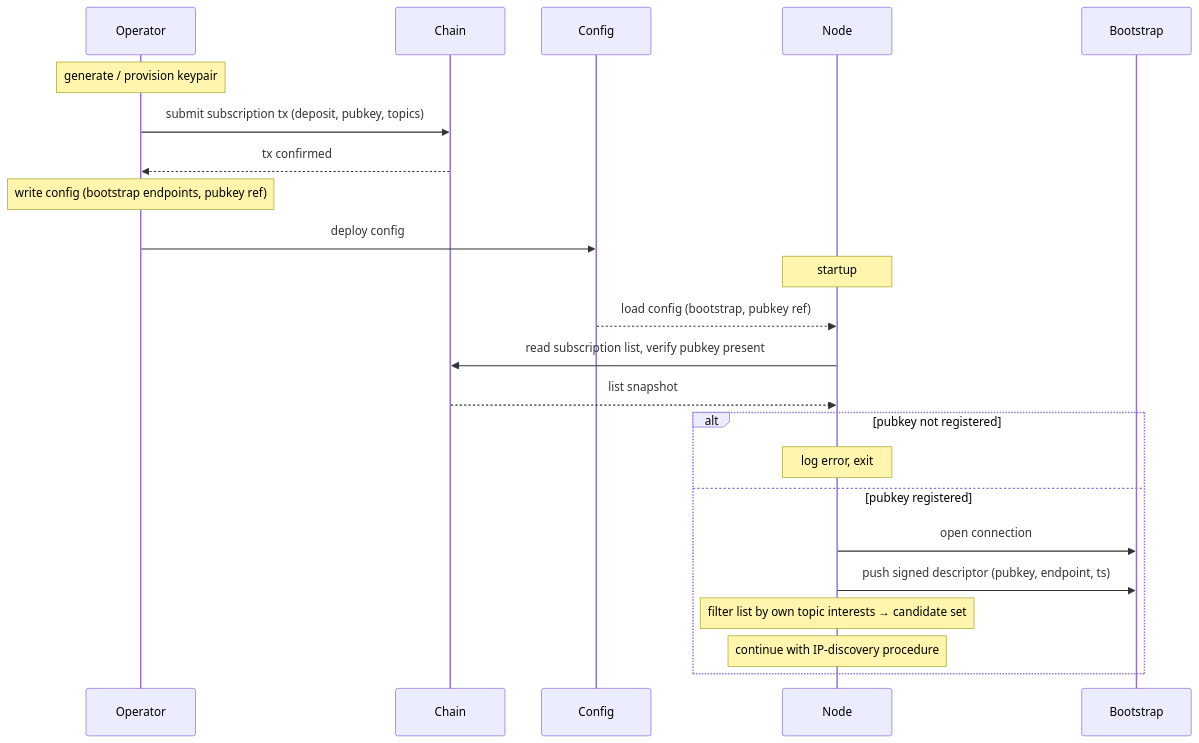
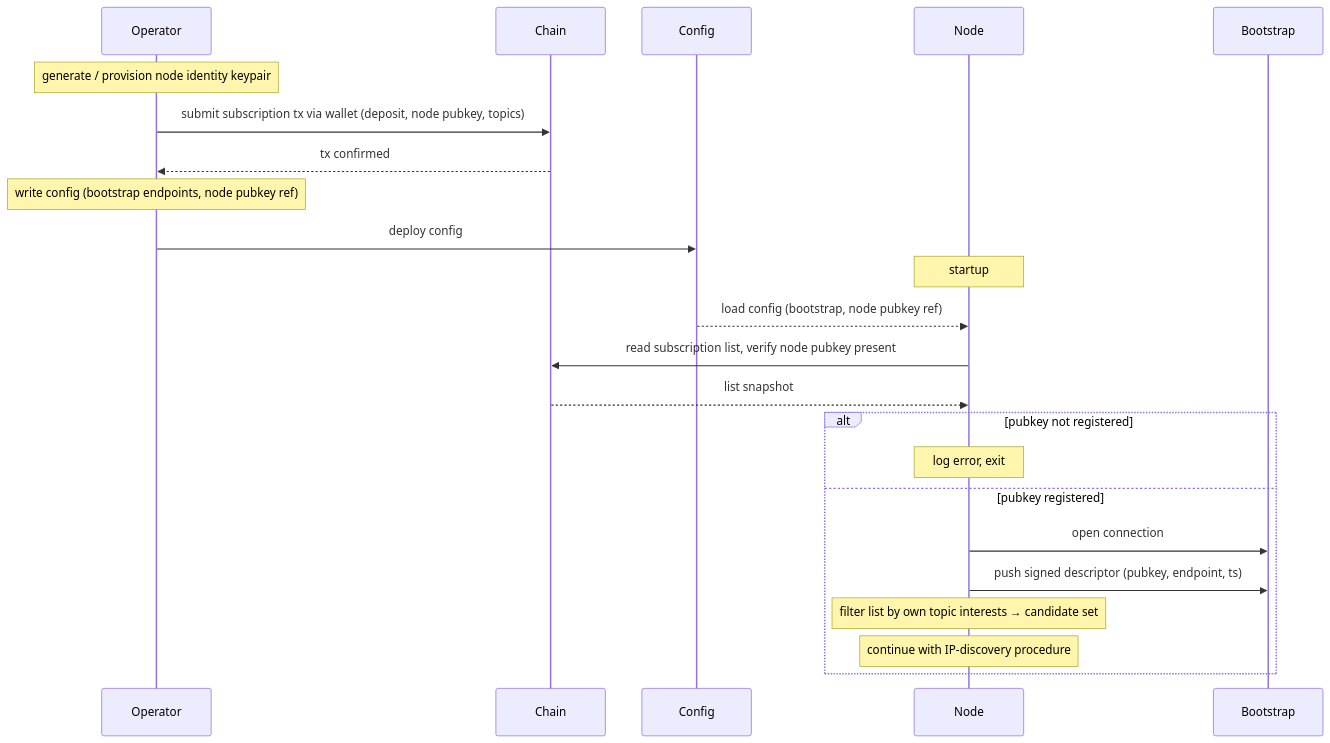
The diagram in docs/node-lifecycle/joining.md (input-output-hk/pubsub), drawn with Mermaid before and after one commit. The commit also changed other lines of this file and 2 other files, not shown here.

Commit message:
docs(node-lifecycle): distinguish node identity keypair from operator wallet
"Operator keypair" was conflating two separate things. Split:

- Node identity keypair: pubkey lives in the subscription list; the
  daemon uses the private half to sign SignedDescriptors and answer
  handshakes at runtime.
- Operator wallet: signs the registration transaction and pays the
  deposit; not held by the node daemon.

Renames applied in joining.md (steps and diagram), README.md
SignedDescriptor entry, and endpoint-change.md.

````diff
--- a/docs/node-lifecycle/joining.md
+++ b/docs/node-lifecycle/joining.md
@@ -25,27 +25,27 @@
 ```mermaid
 sequenceDiagram
     participant Operator
     participant Chain
     participant Config
     participant Node
     participant Bootstrap
 
-    Note over Operator: generate / provision keypair
-    Operator->>Chain: submit subscription tx (deposit, pubkey, topics)
+    Note over Operator: generate / provision node identity keypair
+    Operator->>Chain: submit subscription tx via wallet (deposit, node pubkey, topics)
     Chain-->>Operator: tx confirmed
-    Note over Operator: write config (bootstrap endpoints, pubkey ref)
+    Note over Operator: write config (bootstrap endpoints, node pubkey ref)
     Operator->>Config: deploy config
 
     Note over Node: startup
-    Config-->>Node: load config (bootstrap, pubkey ref)
-    Node->>Chain: read subscription list, verify pubkey present
+    Config-->>Node: load config (bootstrap, node pubkey ref)
+    Node->>Chain: read subscription list, verify node pubkey present
     Chain-->>Node: list snapshot
     alt pubkey not registered
         Note over Node: log error, exit
     else pubkey registered
         Node->>Bootstrap: open connection
         Node->>Bootstrap: push signed descriptor (pubkey, endpoint, ts)
         Note over Node: filter list by own topic interests → candidate set
         Note over Node: continue with IP-discovery procedure
     end
 ```
````
